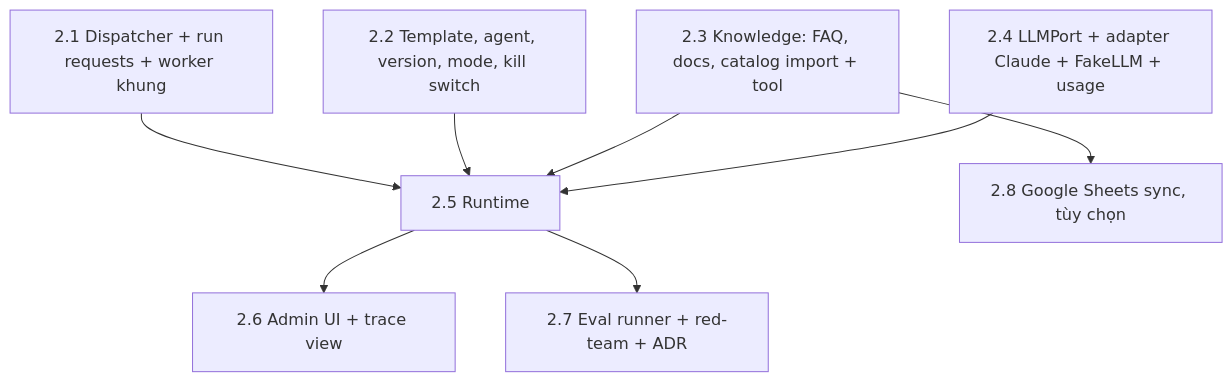
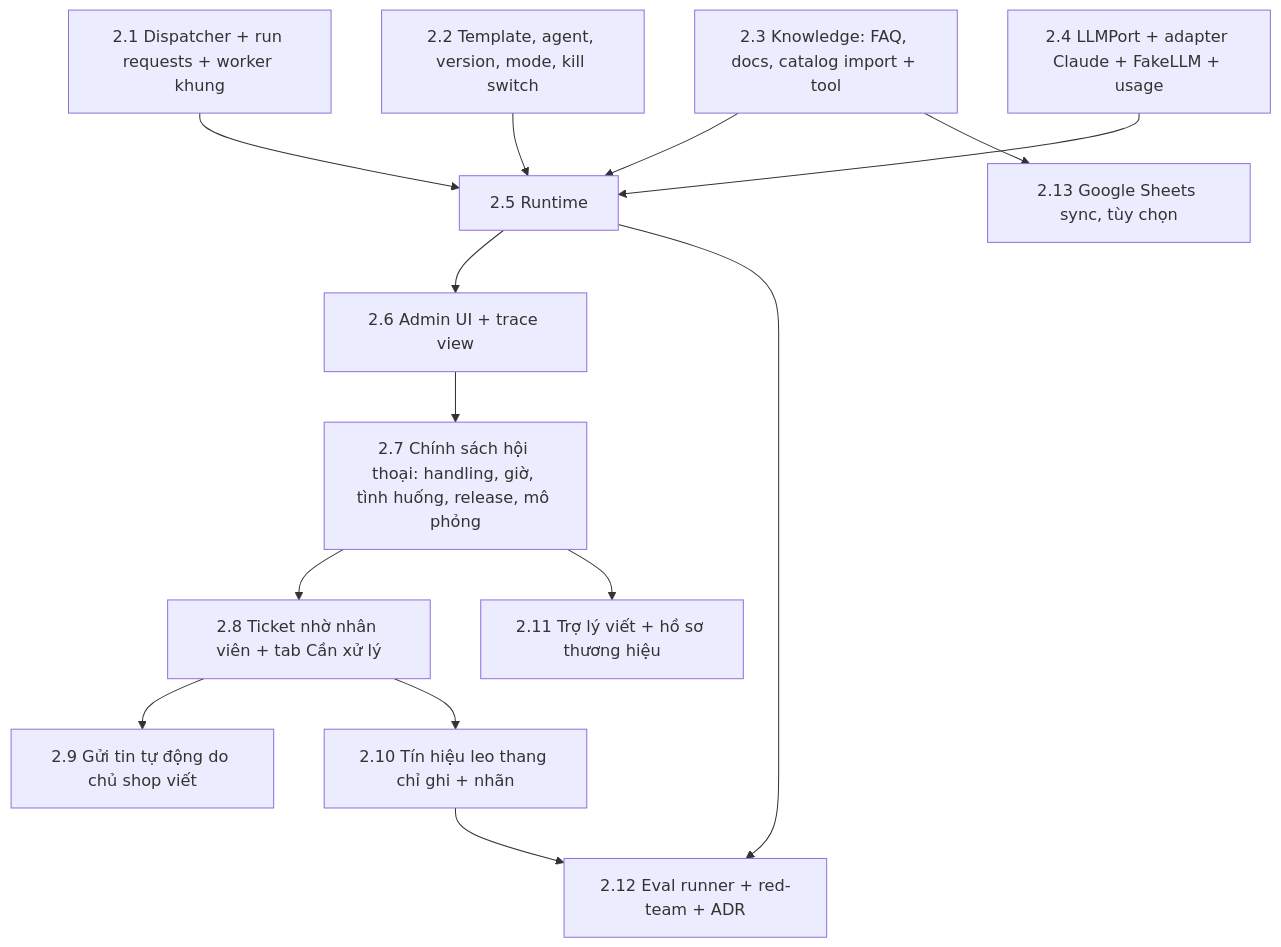
Before and after one commit to ziu222/assistance-chatbot: the seventh of 8 diagrams in docs/design/02-agent-from-template.md, drawn with Mermaid. The commit also changed other lines of this file and 1 other file, not shown here.

````diff
--- a/docs/design/02-agent-from-template.md
+++ b/docs/design/02-agent-from-template.md
@@ -610,10 +626,16 @@
 ```mermaid
 flowchart TD
     A[2.1 Dispatcher + run requests + worker khung] --> E[2.5 Runtime]
     B[2.2 Template, agent, version, mode, kill switch] --> E
     C[2.3 Knowledge: FAQ, docs, catalog import + tool] --> E
     D[2.4 LLMPort + adapter Claude + FakeLLM + usage] --> E
     E --> F[2.6 Admin UI + trace view]
-    E --> G[2.7 Eval runner + red-team + ADR]
-    C --> H[2.8 Google Sheets sync, tùy chọn]
+    F --> P[2.7 Chính sách hội thoại: handling, giờ, tình huống, release, mô phỏng]
+    P --> T[2.8 Ticket nhờ nhân viên + tab Cần xử lý]
+    T --> S[2.9 Gửi tin tự động do chủ shop viết]
+    T --> X[2.10 Tín hiệu leo thang chỉ ghi + nhãn]
+    P --> W[2.11 Trợ lý viết + hồ sơ thương hiệu]
+    E --> G[2.12 Eval runner + red-team + ADR]
+    X --> G
+    C --> H[2.13 Google Sheets sync, tùy chọn]
 ```
````
